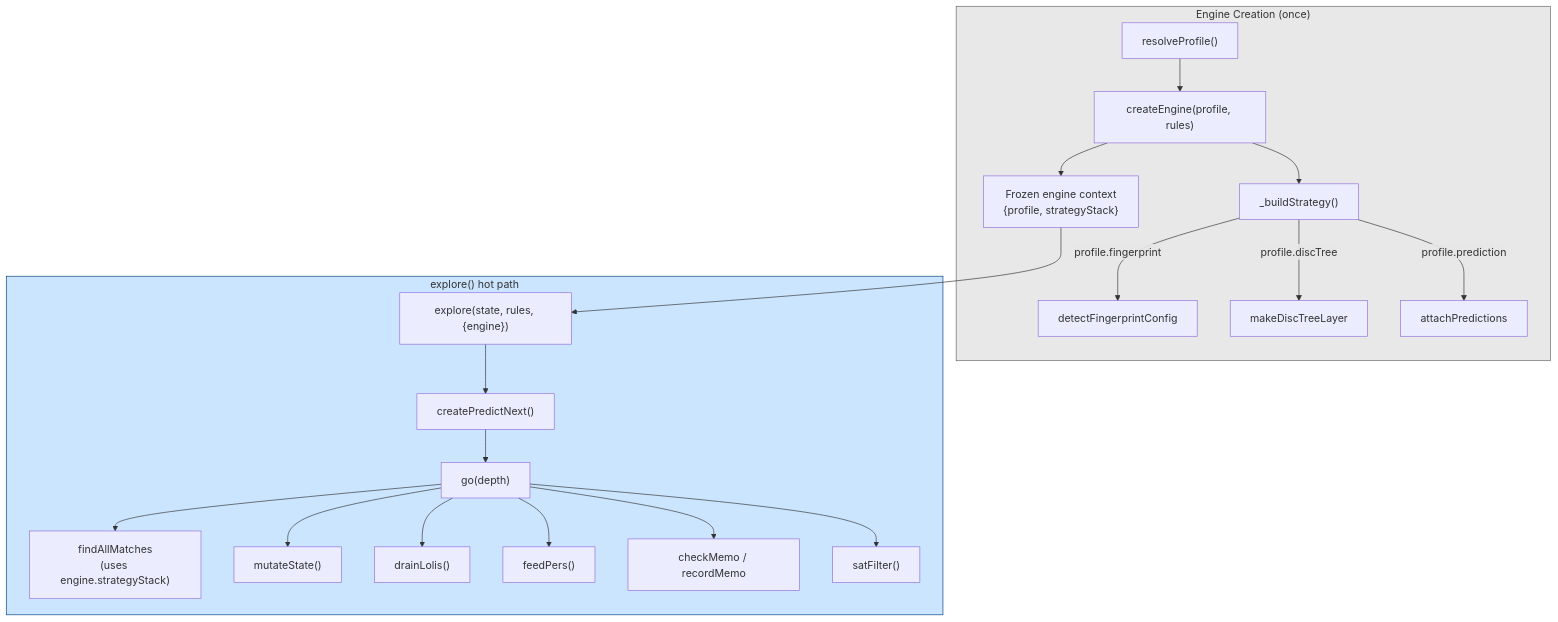
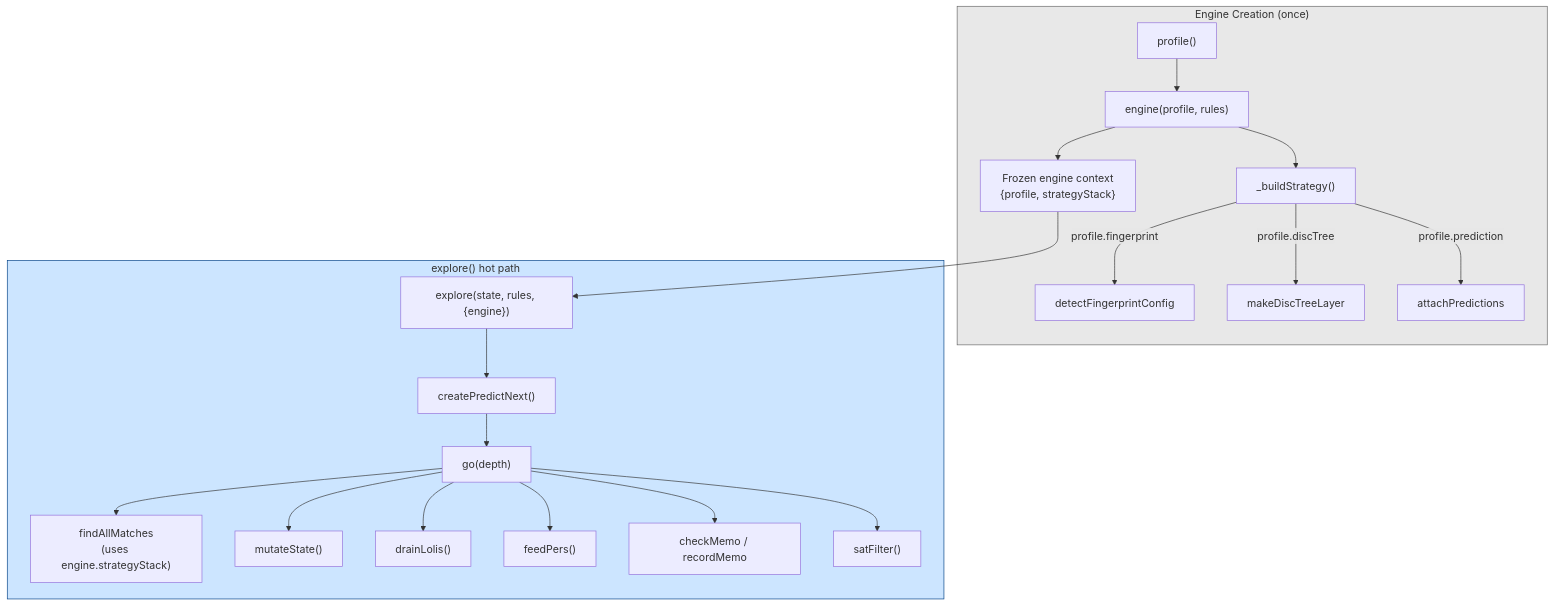
The diagram in doc/documentation/optimization-architecture.md (mhhf/calc), drawn with Mermaid before and after one commit. The commit also changed 19 other files, not shown here.

````diff
--- a/doc/documentation/optimization-architecture.md
+++ b/doc/documentation/optimization-architecture.md
@@ -93,26 +93,26 @@
 ```mermaid
 graph TB
     subgraph Startup["Engine Creation (once)"]
-        PROFILE["resolveProfile()"] --> ENGINE["createEngine(profile, rules)"]
+        PROFILE["profile()"] --> ENGINE["engine(profile, rules)"]
         ENGINE --> STRATEGY["_buildStrategy()"]
         STRATEGY --> |"profile.fingerprint"| FP["detectFingerprintConfig"]
         STRATEGY --> |"profile.discTree"| DT["makeDiscTreeLayer"]
         STRATEGY --> |"profile.prediction"| PRED["attachPredictions"]
         ENGINE --> FROZEN["Frozen engine context<br/>{profile, strategyStack}"]
     end
 
     subgraph Runtime["explore() hot path"]
         FROZEN --> EXPLORE["explore(state, rules, {engine})"]
         EXPLORE --> PREDICT["createPredictNext()"]
         PREDICT --> GO["go(depth)"]
         GO --> MATCH["findAllMatches<br/>(uses engine.strategyStack)"]
         GO --> MUTATE["mutateState()"]
         GO --> DRAIN["drainLolis()"]
         GO --> FEED["feedPers()"]
         GO --> MEMO["checkMemo / recordMemo"]
         GO --> SAT["satFilter()"]
     end
 
     style Startup fill:#e8e8e8,stroke:#666
     style Runtime fill:#cce5ff,stroke:#004085
 ```
````
